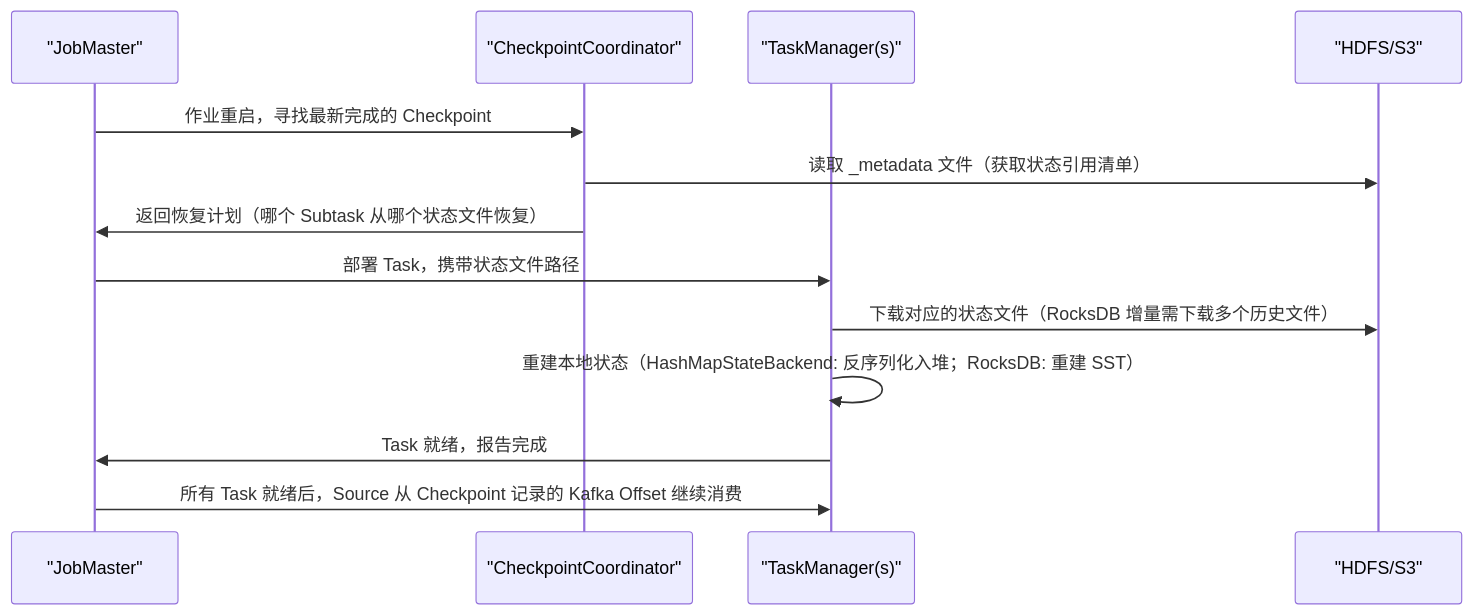
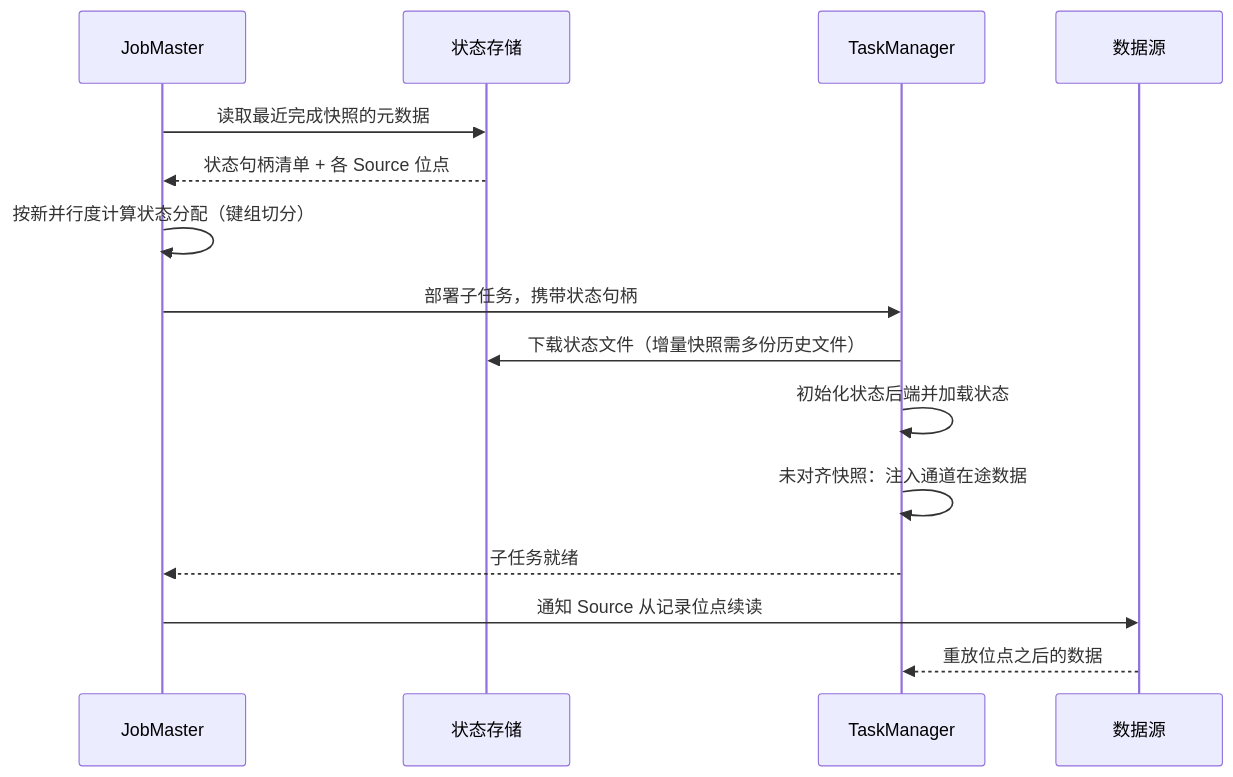
The fourth of 4 diagrams in content/大数据/Flink/Flink原理深度解析与性能优化/06 Flink Checkpoint 机制深度解析.md (hpliStartAgain/my-brain), drawn with Mermaid before and after one commit. The commit also changed other lines of this file and 455 other files, not shown here.

````diff
--- a/content/大数据/Flink/Flink原理深度解析与性能优化/06 Flink Checkpoint 机制深度解析.md
+++ b/content/大数据/Flink/Flink原理深度解析与性能优化/06 Flink Checkpoint 机制深度解析.md
@@ -206,17 +425,19 @@
 ```mermaid
 %%{init: {'theme': 'dracula'}}%%
 sequenceDiagram
-    participant JM as "JobMaster"
-    participant CC as "CheckpointCoordinator"
-    participant TM as "TaskManager(s)"
-    participant FS as "HDFS/S3"
+    participant JM as JobMaster
+    participant FS as 状态存储
+    participant TM as TaskManager
+    participant MQ as 数据源
 
-    JM->>CC: 作业重启，寻找最新完成的 Checkpoint
-    CC->>FS: 读取 _metadata 文件（获取状态引用清单）
-    CC->>JM: 返回恢复计划（哪个 Subtask 从哪个状态文件恢复）
-    JM->>TM: 部署 Task，携带状态文件路径
-    TM->>FS: 下载对应的状态文件（RocksDB 增量需下载多个历史文件）
-    TM->>TM: 重建本地状态（HashMapStateBackend: 反序列化入堆；RocksDB: 重建 SST）
-    TM->>JM: Task 就绪，报告完成
-    JM->>TM: 所有 Task 就绪后，Source 从 Checkpoint 记录的 Kafka Offset 继续消费
+    JM->>FS: 读取最近完成快照的元数据
+    FS-->>JM: 状态句柄清单 + 各 Source 位点
+    JM->>JM: 按新并行度计算状态分配（键组切分）
+    JM->>TM: 部署子任务，携带状态句柄
+    TM->>FS: 下载状态文件（增量快照需多份历史文件）
+    TM->>TM: 初始化状态后端并加载状态
+    TM->>TM: 未对齐快照：注入通道在途数据
+    TM-->>JM: 子任务就绪
+    JM->>MQ: 通知 Source 从记录位点续读
+    MQ-->>TM: 重放位点之后的数据
 ```
````
